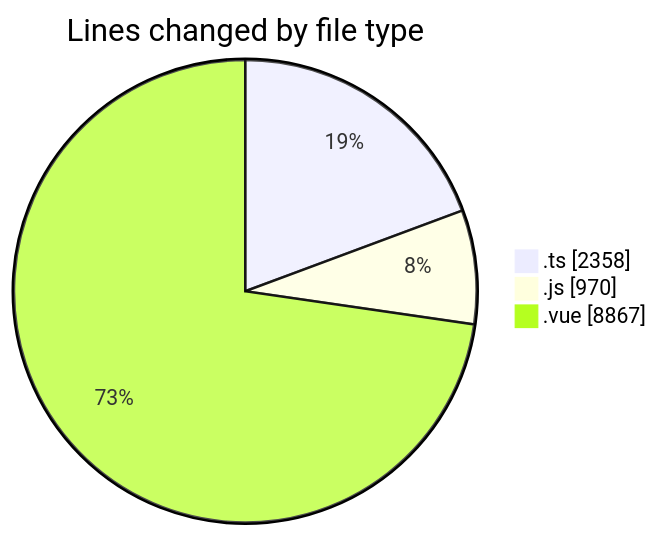
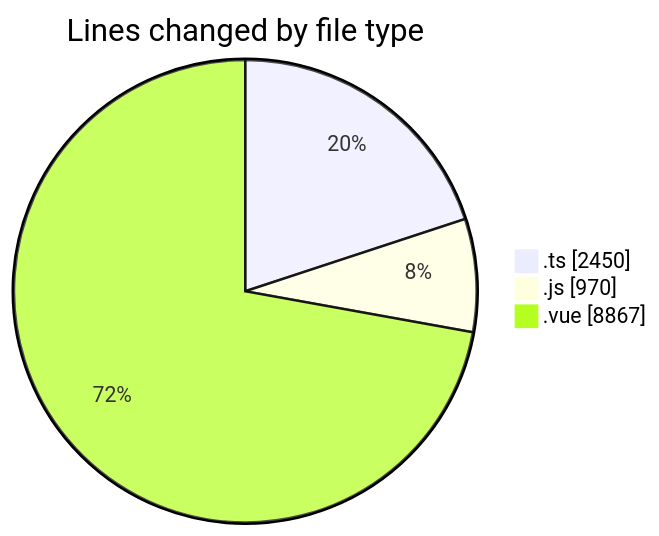
One commit to lephambinh05/code-tracking changed the first of 2 diagrams in 2025-08-16/rentotp/README.md. Above: the diagram before and after it, drawn with Mermaid. The commit also changed other lines of this file and 1 other file, not shown here.

````diff
--- a/2025-08-16/rentotp/README.md
+++ b/2025-08-16/rentotp/README.md
@@ -54,7 +55,7 @@
 ```mermaid
 pie showData
 title Lines changed by file type
-".ts" : 2358
+".ts" : 2450
 ".js" : 970
 ".vue" : 8867
 ```
````
